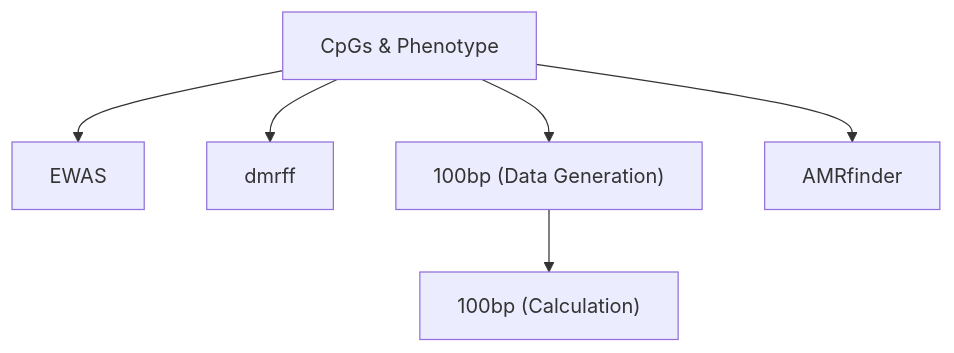
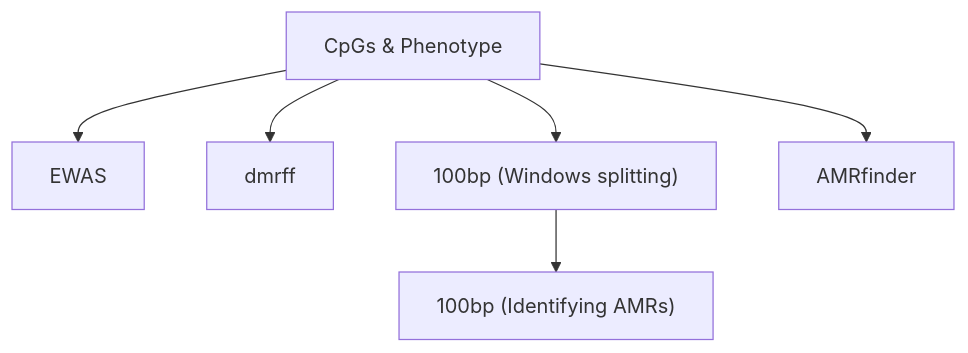
Before and after one commit to CORRS-LAB/AMRSfinder: the diagram in README.md, drawn with Mermaid.

````diff
--- a/README.md
+++ b/README.md
@@ -79,8 +79,8 @@
 ```mermaid
 graph TD;
   A["CpGs & Phenotype"] --> B[EWAS]
   A --> C[dmrff]
-  A --> D["100bp (Data Generation)"]
-  D --> E["100bp (Calculation)"]
+  A --> D["100bp (Windows splitting)"]
+  D --> E["100bp (Identifying AMRs)"]
   A --> F["AMRfinder"]
 ```
````
